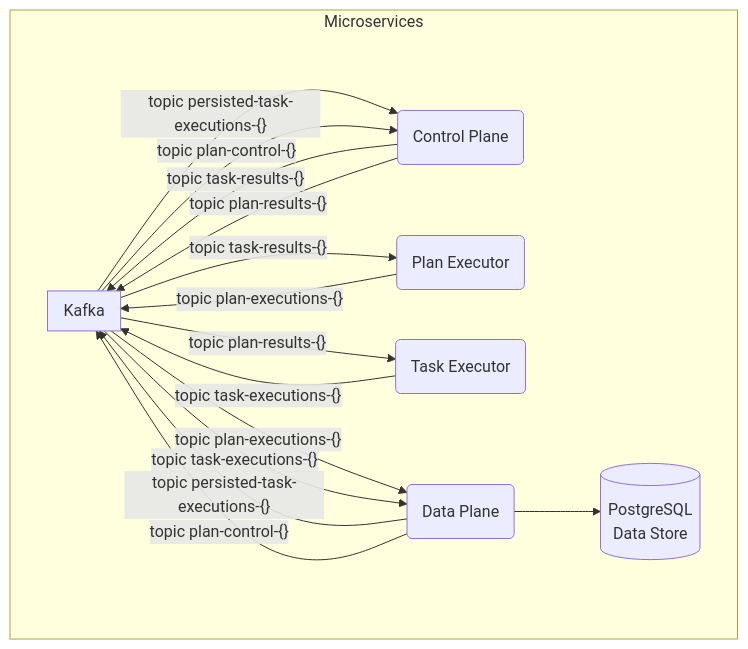
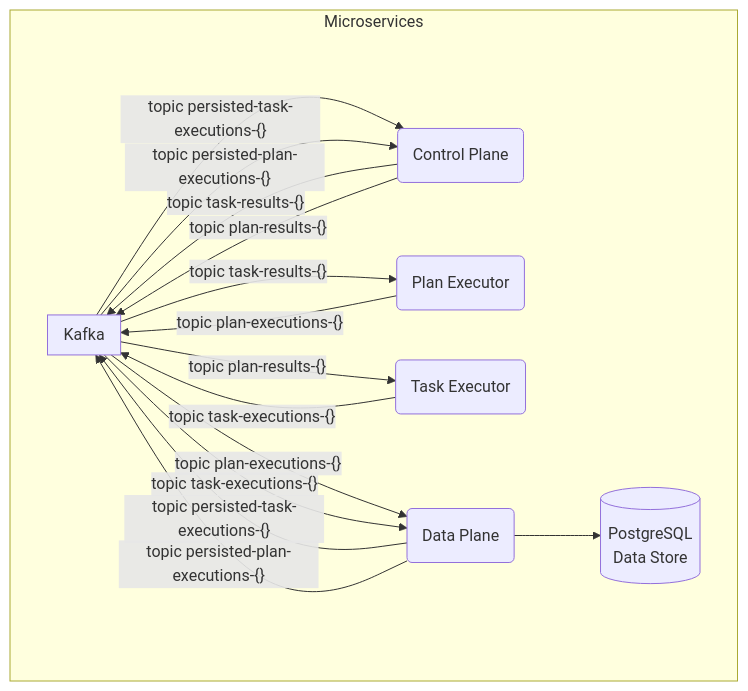
Before and after one commit to paul-callahan/scalable-agent-framework: the first of 3 diagrams in docs/DataFlow.md, drawn with Mermaid. The commit also changed other lines of this file and 20 other files, not shown here.

````diff
--- a/docs/DataFlow.md
+++ b/docs/DataFlow.md
@@ -18,38 +18,38 @@
 ```mermaid
 graph TB
 
     %% Main Services
     subgraph "Microservices"
         ControlPlane(Control Plane)
         DataPlane(Data Plane)
         PlanExecutor(Plan Executor)
         TaskExecutor(Task Executor)
 
         Kafka[Apache Kafka<br/>Message Broker]
         PostgreSQL[(PostgreSQL<br/>Data Store)]
     end
 
     subgraph "Kafka"
 
     end
     
     
     %% Service Connections
     Kafka -- "topic persisted-task-executions-{}" --> ControlPlane
-    Kafka -- "topic plan-control-{}" --> ControlPlane
+    Kafka -- "topic persisted-plan-executions-{}" --> ControlPlane
     ControlPlane -- "topic task-results-{}" --> Kafka
     ControlPlane -- "topic plan-results-{}" --> Kafka
 
     Kafka -- "topic task-results-{}" --> PlanExecutor
     PlanExecutor -- "topic plan-executions-{}" --> Kafka
 
     Kafka -- "topic plan-results-{}" --> TaskExecutor
     TaskExecutor -- "topic task-executions-{}" --> Kafka
 
     Kafka -- "topic plan-executions-{}" --> DataPlane
     Kafka -- "topic task-executions-{}" --> DataPlane
     DataPlane -- "topic persisted-task-executions-{}" --> Kafka
-    DataPlane -- "topic plan-control-{}" --> Kafka
+    DataPlane -- "topic persisted-plan-executions-{}" --> Kafka
 
     DataPlane --> PostgreSQL
 ```
````
